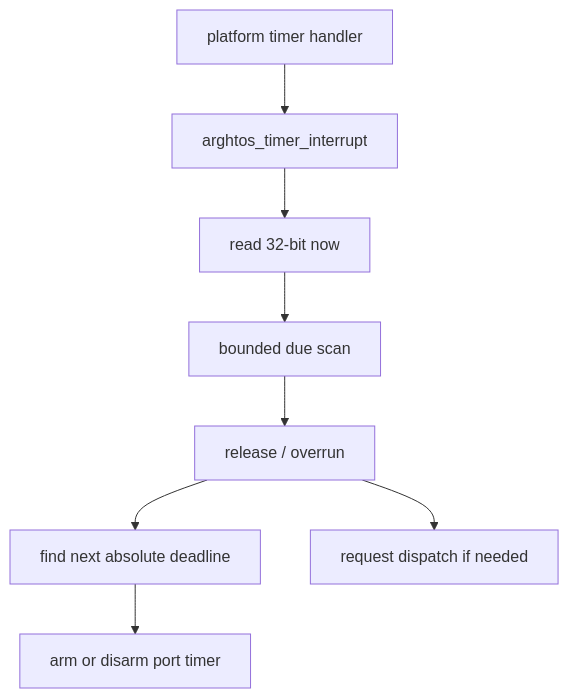
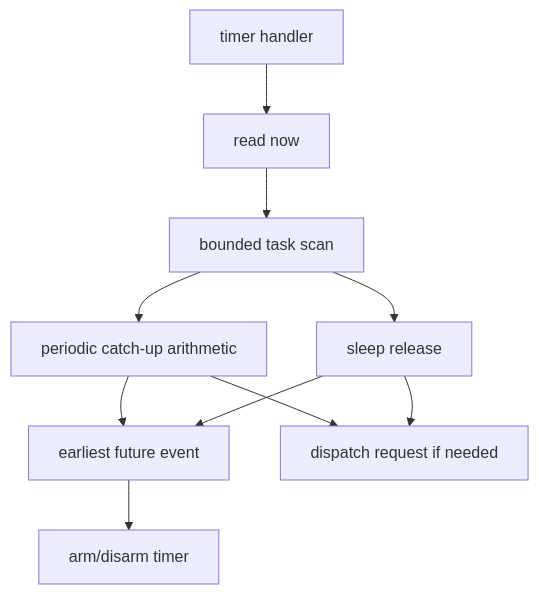
Before and after one commit to tumblewhead/arghtos: the diagram in architecture/contracts/C3-time-timer.md, drawn with Mermaid. The commit also changed other lines of this file, not shown here.

Commit message:
Align timer contract with synchronous bounded catch-up

````diff
--- a/architecture/contracts/C3-time-timer.md
+++ b/architecture/contracts/C3-time-timer.md
@@ -93,10 +119,12 @@
 ```mermaid
 flowchart TD
-  H["platform timer handler"] --> E["arghtos_timer_interrupt"]
-  E --> NOW["read 32-bit now"]
-  NOW --> DUE["bounded due scan"]
-  DUE --> REL["release / overrun"]
-  REL --> NEXT["find next absolute deadline"]
-  NEXT --> ARM["arm or disarm port timer"]
-  REL --> DISP["request dispatch if needed"]
+  H["timer handler"] --> NOW["read now"]
+  NOW --> SCAN["bounded task scan"]
+  SCAN --> P["periodic catch-up arithmetic"]
+  SCAN --> S["sleep release"]
+  P --> NEXT["earliest future event"]
+  S --> NEXT
+  NEXT --> ARM["arm/disarm timer"]
+  P --> DISP["dispatch request if needed"]
+  S --> DISP
 ```
````
